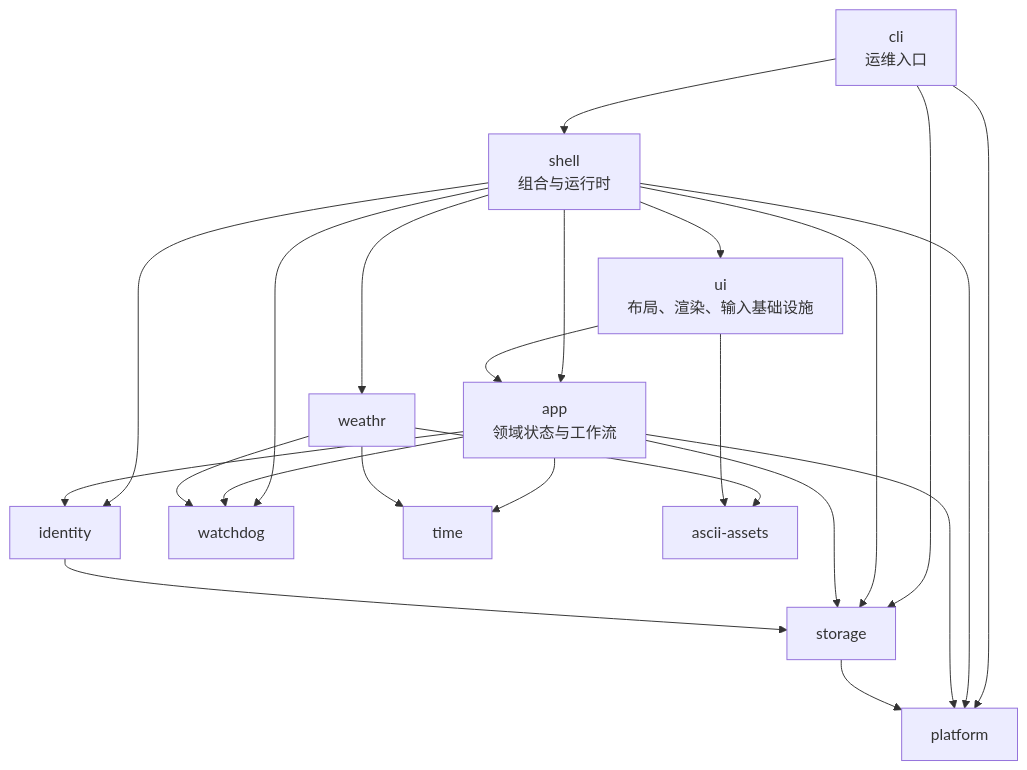
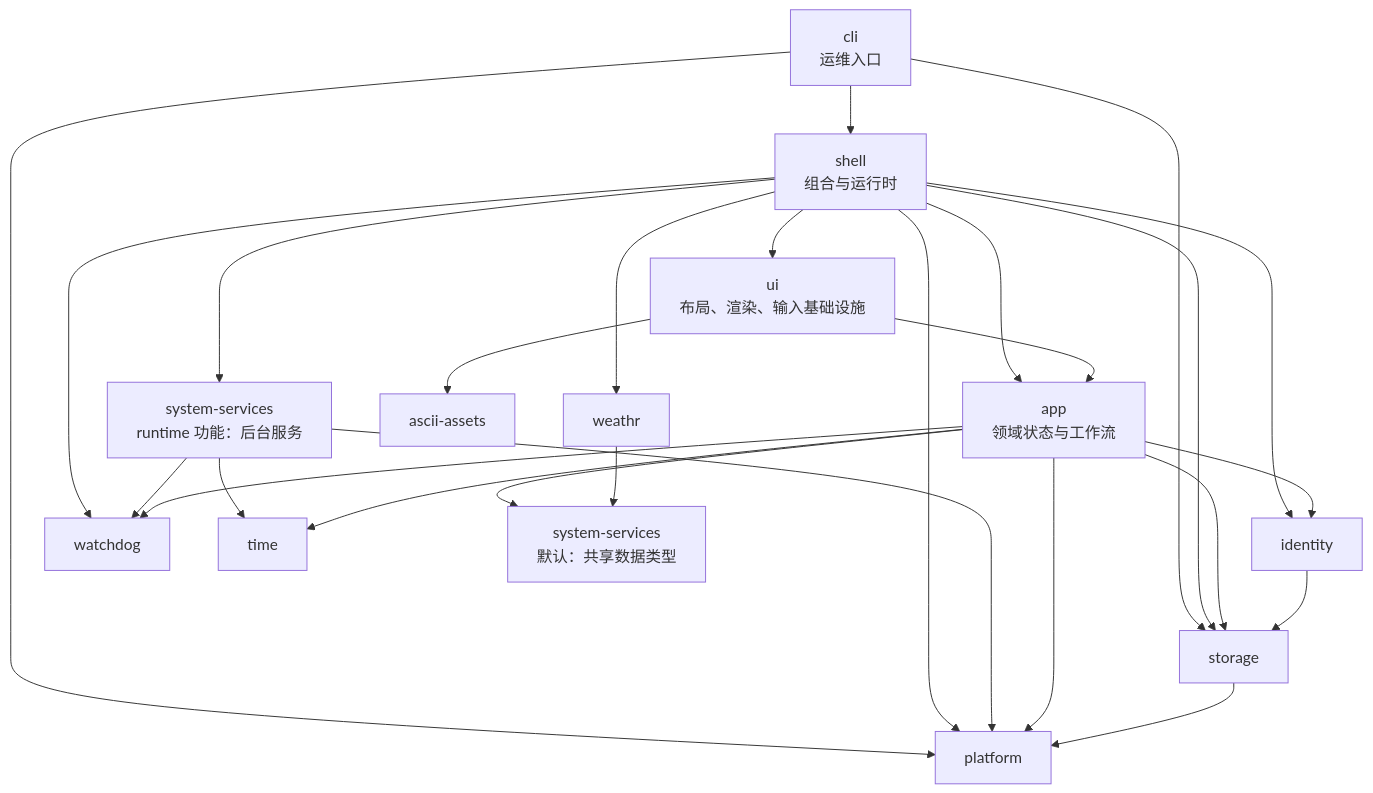
The third of 3 diagrams in README-TECHNICAL.md (peixuanthomas/TundraUX3), drawn with Mermaid before and after one commit. The commit also changed other lines of this file and 47 other files, not shown here.

````diff
--- a/README-TECHNICAL.md
+++ b/README-TECHNICAL.md
@@ -153,28 +153,31 @@
 ```mermaid
 flowchart TD
     CLI["cli<br/>运维入口"] --> SHELL["shell<br/>组合与运行时"]
     CLI --> STORAGE["storage"]
     CLI --> PLATFORM["platform"]
 
     SHELL --> UI["ui<br/>布局、渲染、输入基础设施"]
     SHELL --> APP["app<br/>领域状态与工作流"]
     SHELL --> IDENTITY["identity"]
     SHELL --> STORAGE
     SHELL --> PLATFORM
     SHELL --> WEATHR["weathr"]
     SHELL --> WATCHDOG["watchdog"]
+    SHELL --> SERVICES["system-services<br/>runtime 功能：后台服务"]
+    SERVICES --> PLATFORM
+    SERVICES --> TIME["time"]
+    SERVICES --> WATCHDOG
 
     UI --> APP
     APP --> IDENTITY
     APP --> STORAGE
     APP --> PLATFORM
-    APP --> TIME["time"]
+    APP --> TIME
     APP --> WATCHDOG
+    APP --> MODEL["system-services<br/>默认：共享数据类型"]
 
     IDENTITY --> STORAGE
     STORAGE --> PLATFORM
-    WEATHR --> TIME
-    WEATHR --> ASCII["ascii-assets"]
-    WEATHR --> WATCHDOG
-    UI --> ASCII
+    WEATHR --> MODEL
+    UI --> ASCII["ascii-assets"]
 ```
````
